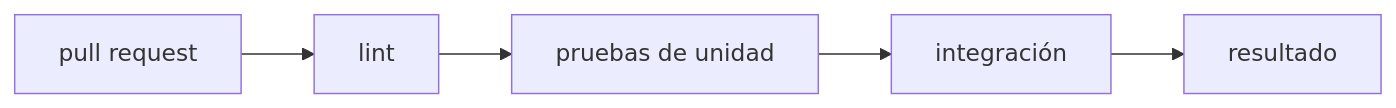
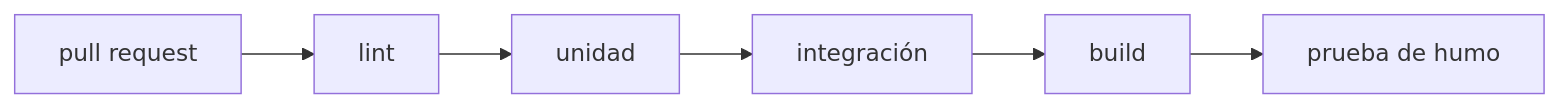
The diagram in src/content/docs/integration/tests-in-ci.md (mkrebs03/devops-atlas), drawn with Mermaid before and after one commit. The commit also changed other lines of this file and 69 other files, not shown here.

````diff
--- a/src/content/docs/integration/tests-in-ci.md
+++ b/src/content/docs/integration/tests-in-ci.md
@@ -23,4 +25,4 @@
 ```mermaid
 flowchart LR
-  PR["pull request"] --> L["lint"] --> U["pruebas de unidad"] --> I["integración"] --> R["resultado"]
+  PR["pull request"] --> L["lint"] --> U["unidad"] --> I["integración"] --> B["build"] --> H["prueba de humo"]
 ```
````
